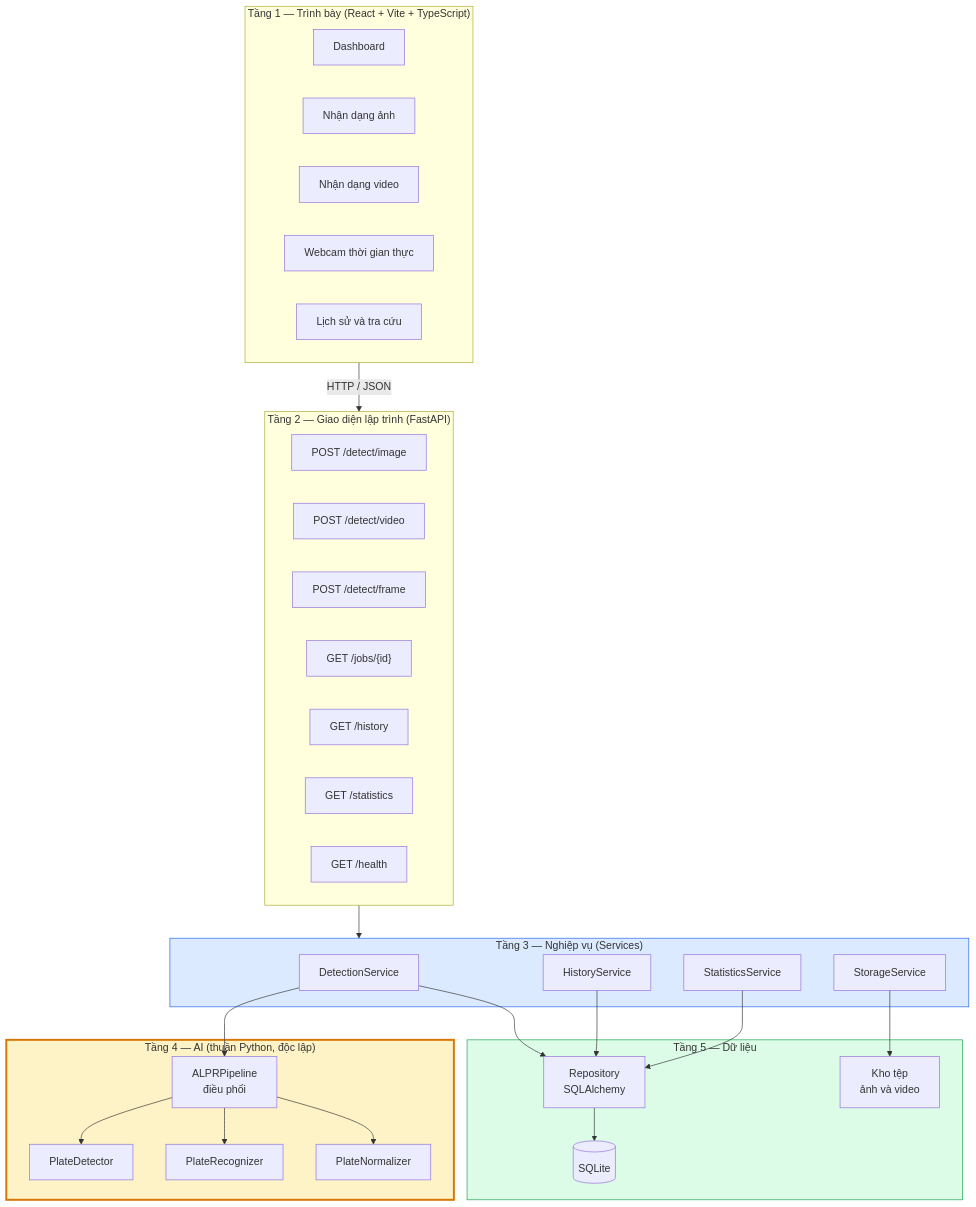
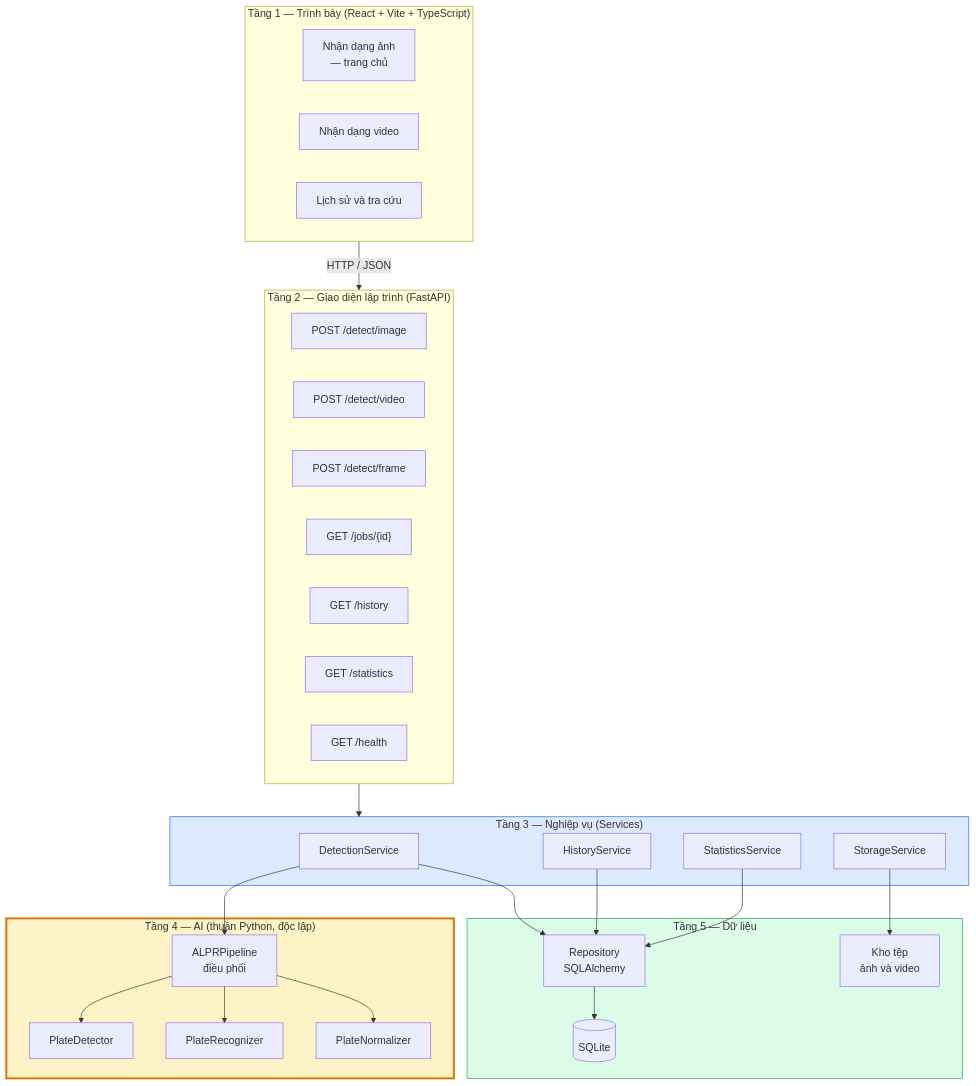
The second of 10 diagrams in docs/papers/ch3-phan-tich-thiet-ke.md (hieunguyen2604/alpr-do-an-mon-hoc), drawn with Mermaid before and after one commit. The commit also changed other lines of this file and 82 other files, not shown here.

````diff
--- a/docs/papers/ch3-phan-tich-thiet-ke.md
+++ b/docs/papers/ch3-phan-tich-thiet-ke.md
@@ -358,56 +384,54 @@
 ```mermaid
 graph TB
     subgraph L1["Tầng 1 — Trình bày (React + Vite + TypeScript)"]
-        UI1[Dashboard]
-        UI2[Nhận dạng ảnh]
-        UI3[Nhận dạng video]
-        UI4[Webcam thời gian thực]
-        UI5[Lịch sử và tra cứu]
+        UI1[Nhận dạng ảnh<br/>— trang chủ]
+        UI2[Nhận dạng video]
+        UI3[Lịch sử và tra cứu]
     end
 
     subgraph L2["Tầng 2 — Giao diện lập trình (FastAPI)"]
         R1["POST /detect/image"]
         R2["POST /detect/video"]
         R3["POST /detect/frame"]
         R4["GET /jobs/{id}"]
         R5["GET /history"]
         R6["GET /statistics"]
         R7["GET /health"]
     end
 
     subgraph L3["Tầng 3 — Nghiệp vụ (Services)"]
         S1[DetectionService]
         S2[HistoryService]
         S3[StatisticsService]
         S4[StorageService]
     end
 
     subgraph L4["Tầng 4 — AI (thuần Python, độc lập)"]
         A4[ALPRPipeline<br/>điều phối]
         A1[PlateDetector]
         A2[PlateRecognizer]
         A3[PlateNormalizer]
     end
 
     subgraph L5["Tầng 5 — Dữ liệu"]
         D2[Repository<br/>SQLAlchemy]
         D1[(SQLite)]
         D3[Kho tệp<br/>ảnh và video]
     end
 
     L1 -->|"HTTP / JSON"| L2
     L2 --> L3
     S1 --> A4
     A4 --> A1
     A4 --> A2
     A4 --> A3
     S1 --> D2
     S2 --> D2
     S3 --> D2
     D2 --> D1
     S4 --> D3
 
     style L4 fill:#fef3c7,stroke:#d97706,stroke-width:3px
     style L3 fill:#dbeafe,stroke:#2563eb
     style L5 fill:#dcfce7,stroke:#16a34a
 ```
````
